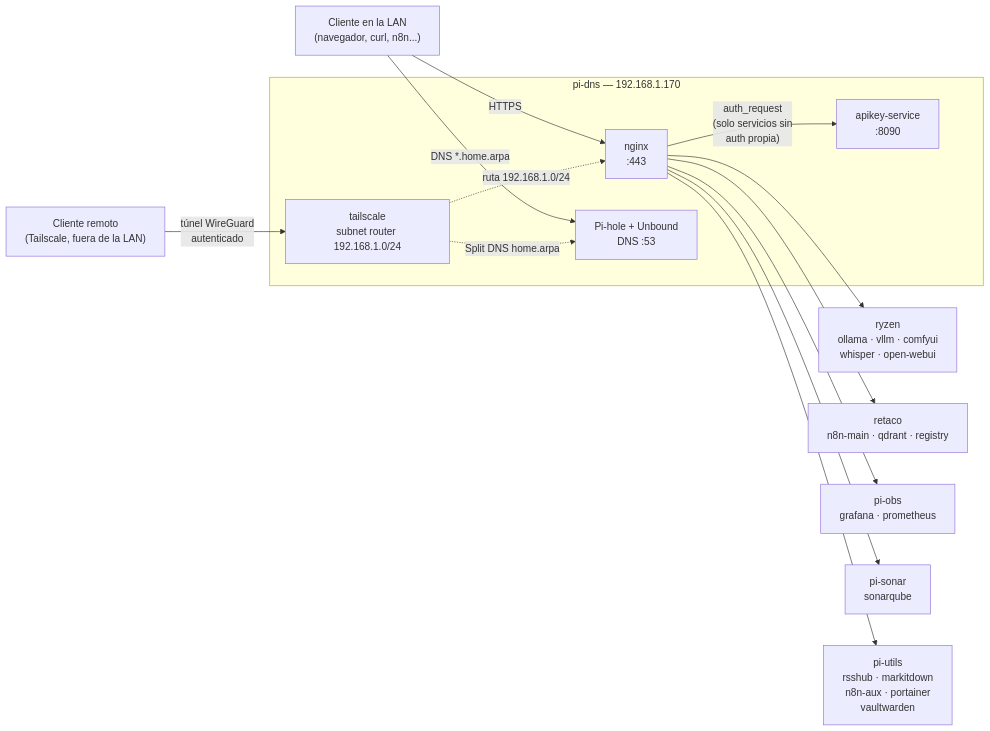
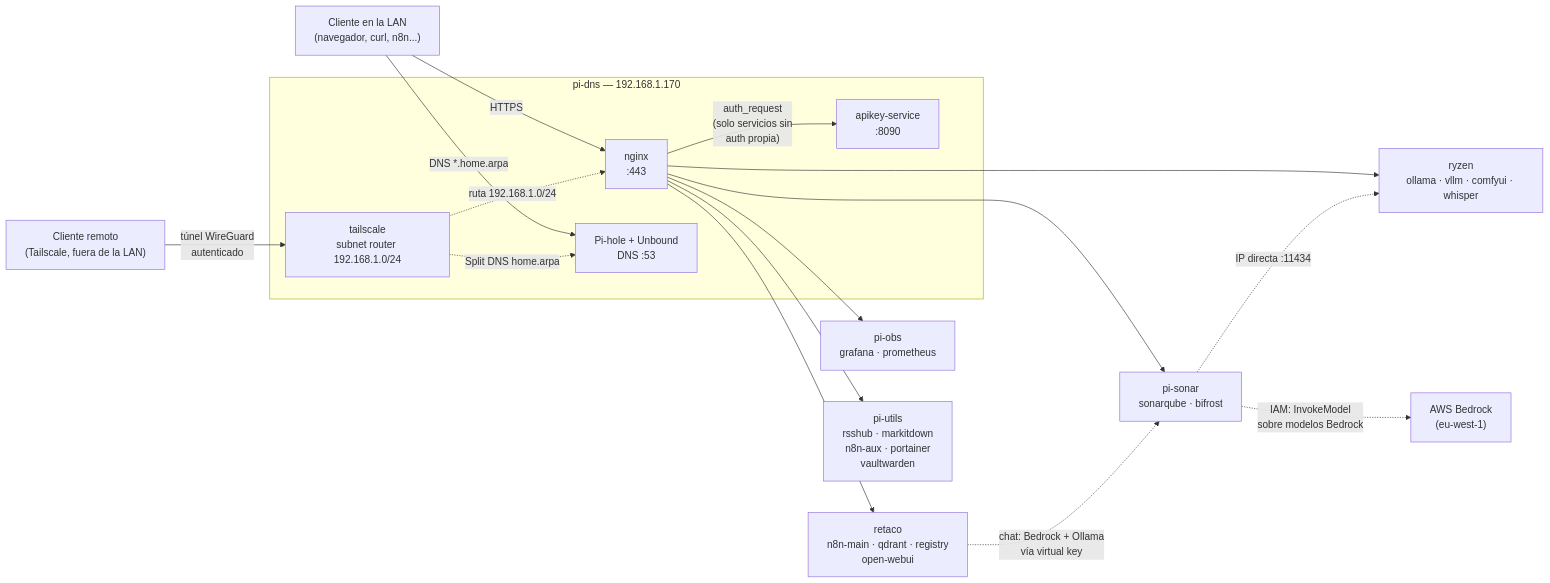
Before and after one commit to impalah/homelab-cluster: the second of 5 diagrams in docs/01-topologia.md, drawn with Mermaid. The commit also changed other lines of this file and 9 other files, not shown here.

First line of the commit message:
Desplegar Bifrost en pi-sonar: gateway LLM hacia AWS Bedrock y Ollama

````diff
--- a/docs/01-topologia.md
+++ b/docs/01-topologia.md
@@ -41,25 +41,28 @@
 ```mermaid
 flowchart LR
     Client["Cliente en la LAN\n(navegador, curl, n8n...)"]
     Remote["Cliente remoto\n(Tailscale, fuera de la LAN)"]
 
     subgraph pidns["pi-dns — 192.168.1.170"]
         nginx["nginx\n:443"]
         apikey["apikey-service\n:8090"]
         pihole["Pi-hole + Unbound\nDNS :53"]
         ts["tailscale\nsubnet router 192.168.1.0/24"]
     end
 
     Client -->|"DNS *.home.arpa"| pihole
     Client -->|HTTPS| nginx
     Remote -->|"túnel WireGuard\nautenticado"| ts
     ts -.->|"Split DNS home.arpa"| pihole
     ts -.->|"ruta 192.168.1.0/24"| nginx
     nginx -->|"auth_request\n(solo servicios sin\nauth propia)"| apikey
 
-    nginx --> ryzen["ryzen\nollama · vllm · comfyui\nwhisper · open-webui"]
-    nginx --> retaco["retaco\nn8n-main · qdrant · registry"]
+    nginx --> ryzen["ryzen\nollama · vllm · comfyui · whisper"]
+    nginx --> retaco["retaco\nn8n-main · qdrant · registry\nopen-webui"]
     nginx --> piobs["pi-obs\ngrafana · prometheus"]
-    nginx --> pisonar["pi-sonar\nsonarqube"]
+    nginx --> pisonar["pi-sonar\nsonarqube · bifrost"]
+    retaco -.->|"chat: Bedrock + Ollama\nvía virtual key"| pisonar
+    pisonar -.->|"IAM: InvokeModel\nsobre modelos Bedrock"| bedrock["AWS Bedrock\n(eu-west-1)"]
+    pisonar -.->|"IP directa :11434"| ryzen
     nginx --> piutils["pi-utils\nrsshub · markitdown\nn8n-aux · portainer\nvaultwarden"]
 ```
````
